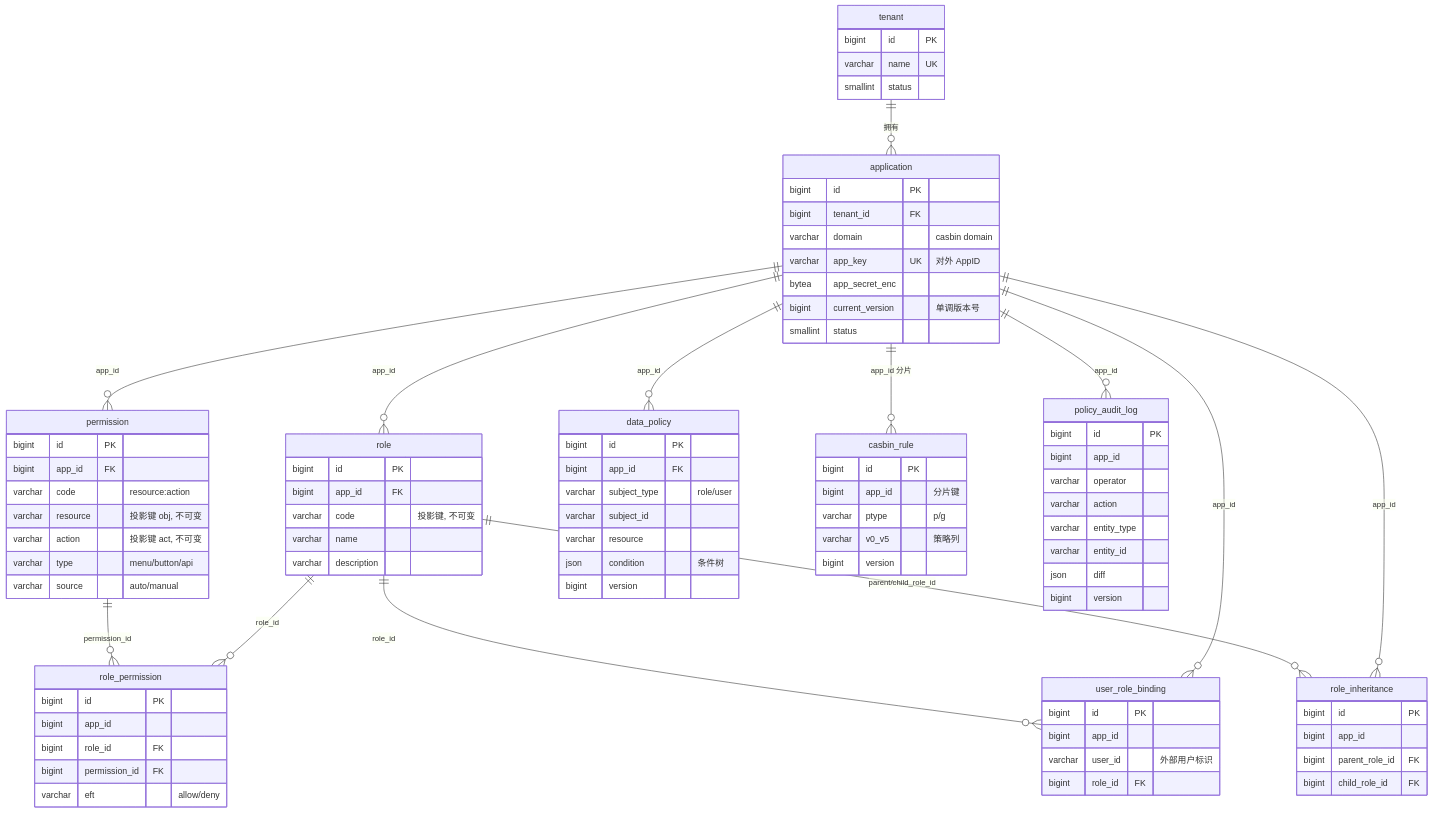
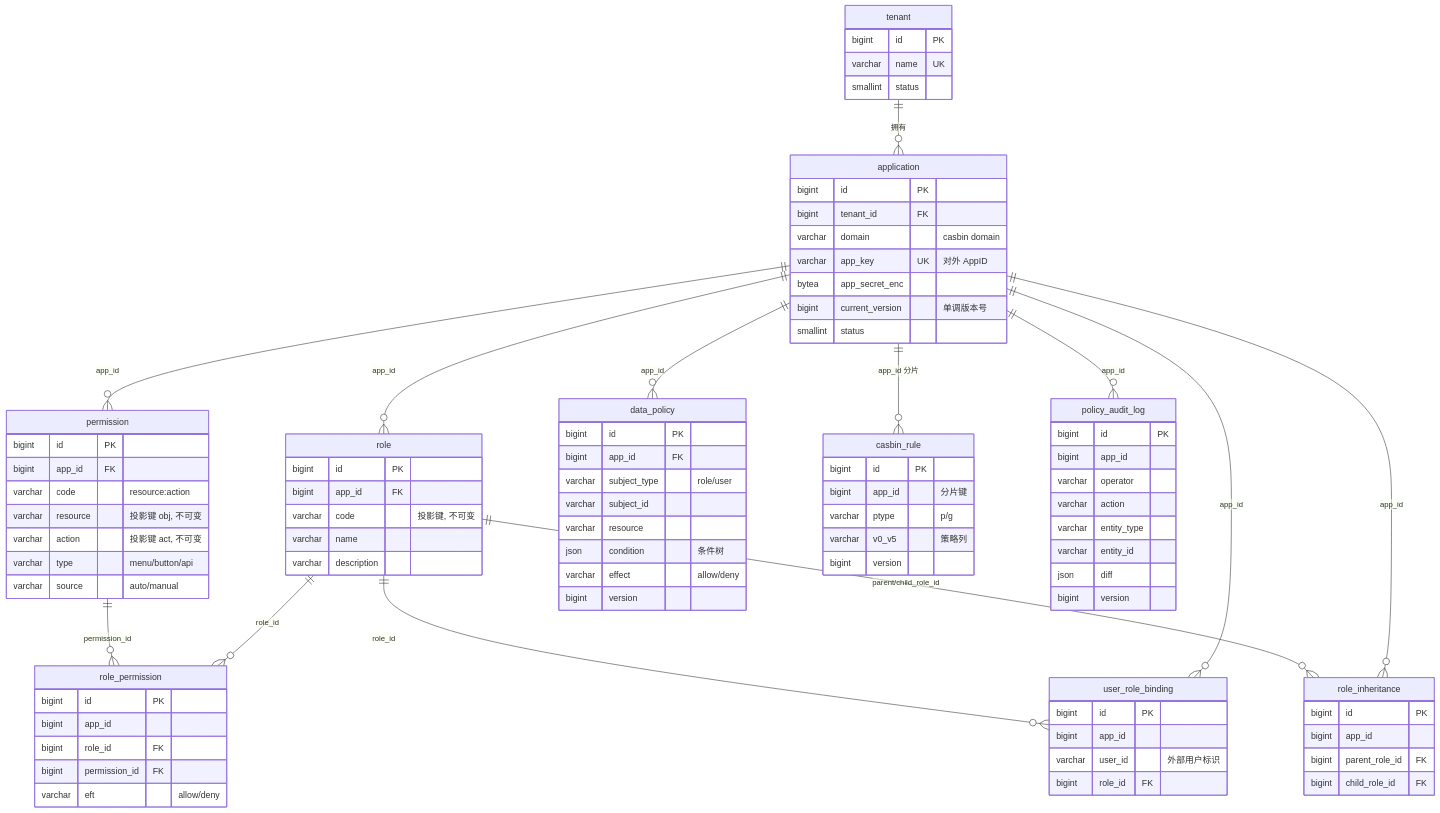
One commit to nickZFZ/Sydom changed the diagram in docs/superpowers/specs/2026-05-31-sydom-database-schema-design.md. Above: the diagram before and after it, drawn with Mermaid. The commit also changed other lines of this file and 3 other files, not shown here.

Commit message:
feat(db): data_policy 加 effect 列（默认 allow + CHECK allow|deny）

```diff
--- a/docs/superpowers/specs/2026-05-31-sydom-database-schema-design.md
+++ b/docs/superpowers/specs/2026-05-31-sydom-database-schema-design.md
@@ -109,6 +109,7 @@
         varchar subject_id
         varchar resource
         json condition "条件树"
+        varchar effect "allow/deny"
         bigint version
     }
     casbin_rule {
```
